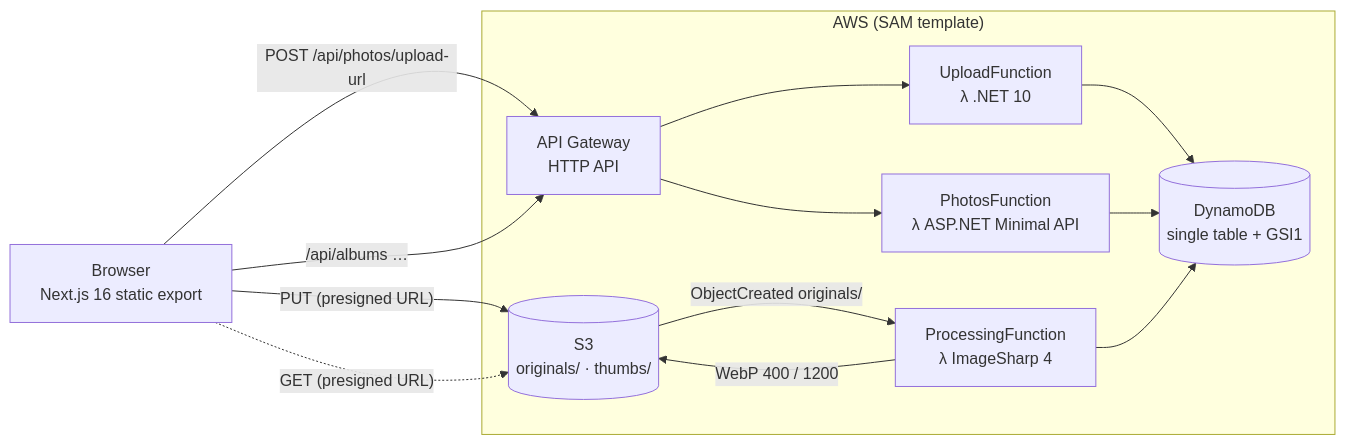
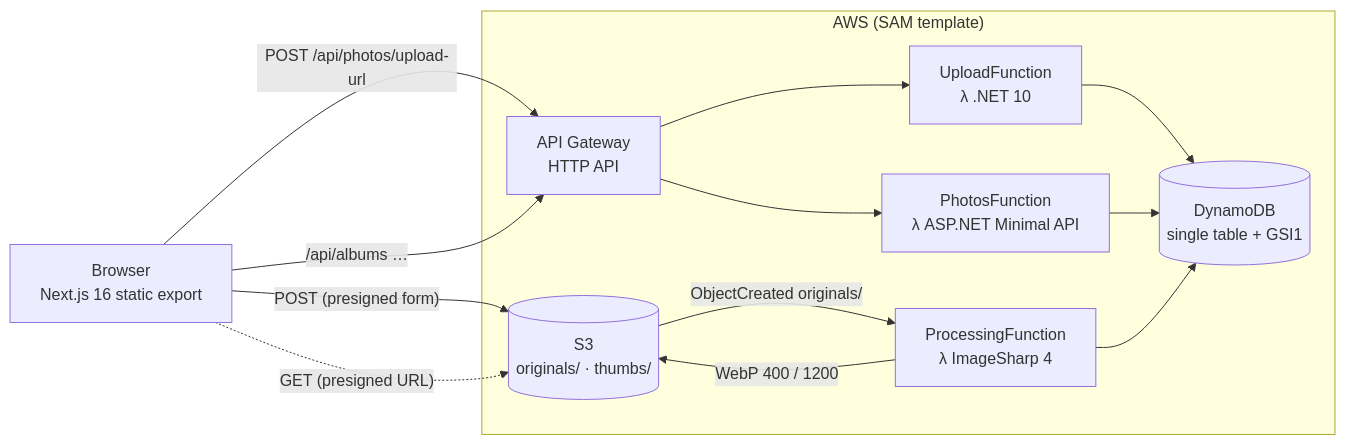
One commit to Marokos999/photo-gallery changed the first of 2 diagrams in README.md. Above: the diagram before and after it, drawn with Mermaid. The commit also changed other lines of this file and 33 other files, not shown here.

````diff
--- a/README.md
+++ b/README.md
@@ -30,25 +30,25 @@
 ```mermaid
 flowchart LR
     browser["Browser<br/>Next.js 16 static export"]
 
     subgraph aws["AWS (SAM template)"]
         api["API Gateway<br/>HTTP API"]
         upload["UploadFunction<br/>λ .NET 10"]
         photos["PhotosFunction<br/>λ ASP.NET Minimal API"]
         processing["ProcessingFunction<br/>λ ImageSharp 4"]
         s3[("S3<br/>originals/ · thumbs/")]
         ddb[("DynamoDB<br/>single table + GSI1")]
     end
 
     browser -- "POST /api/photos/upload-url" --> api
     browser -- "/api/albums …" --> api
     api --> upload
     api --> photos
-    browser -- "PUT (presigned URL)" --> s3
+    browser -- "POST (presigned form)" --> s3
     s3 -- "ObjectCreated originals/" --> processing
     processing -- "WebP 400 / 1200" --> s3
     upload --> ddb
     photos --> ddb
     processing --> ddb
     browser -. "GET (presigned URL)" .-> s3
 ```
````
